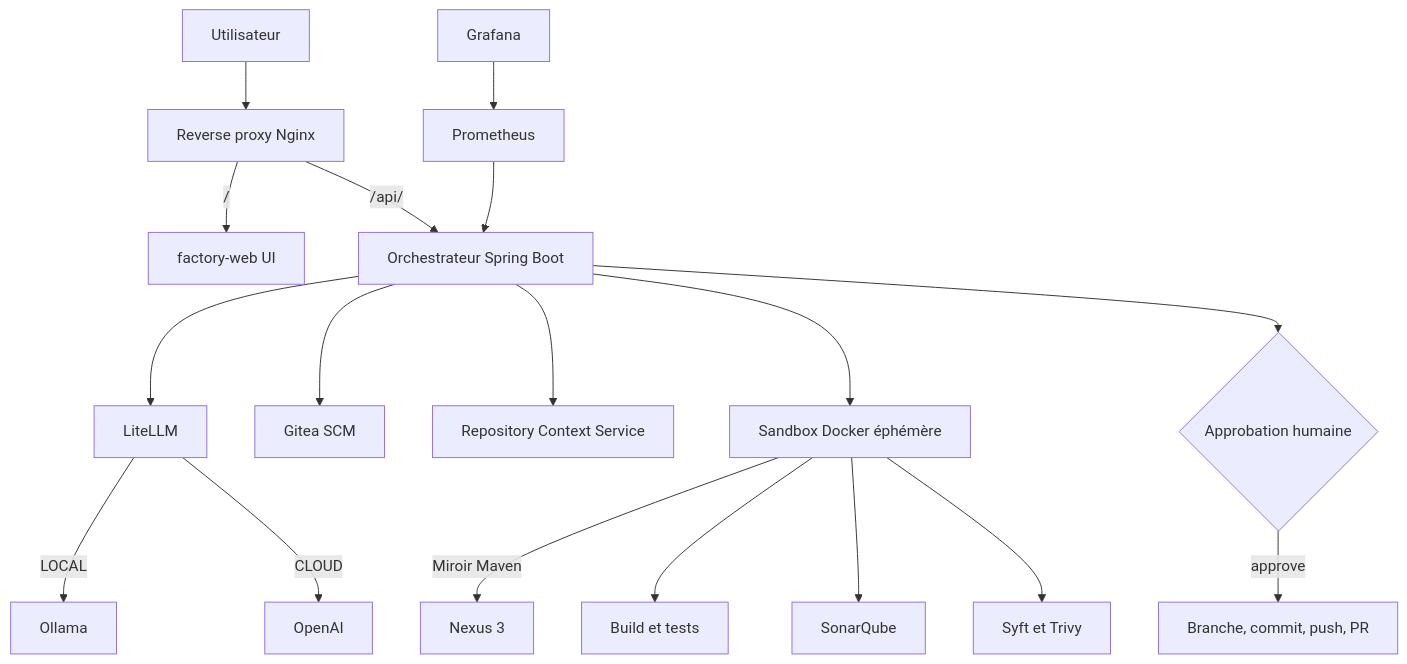
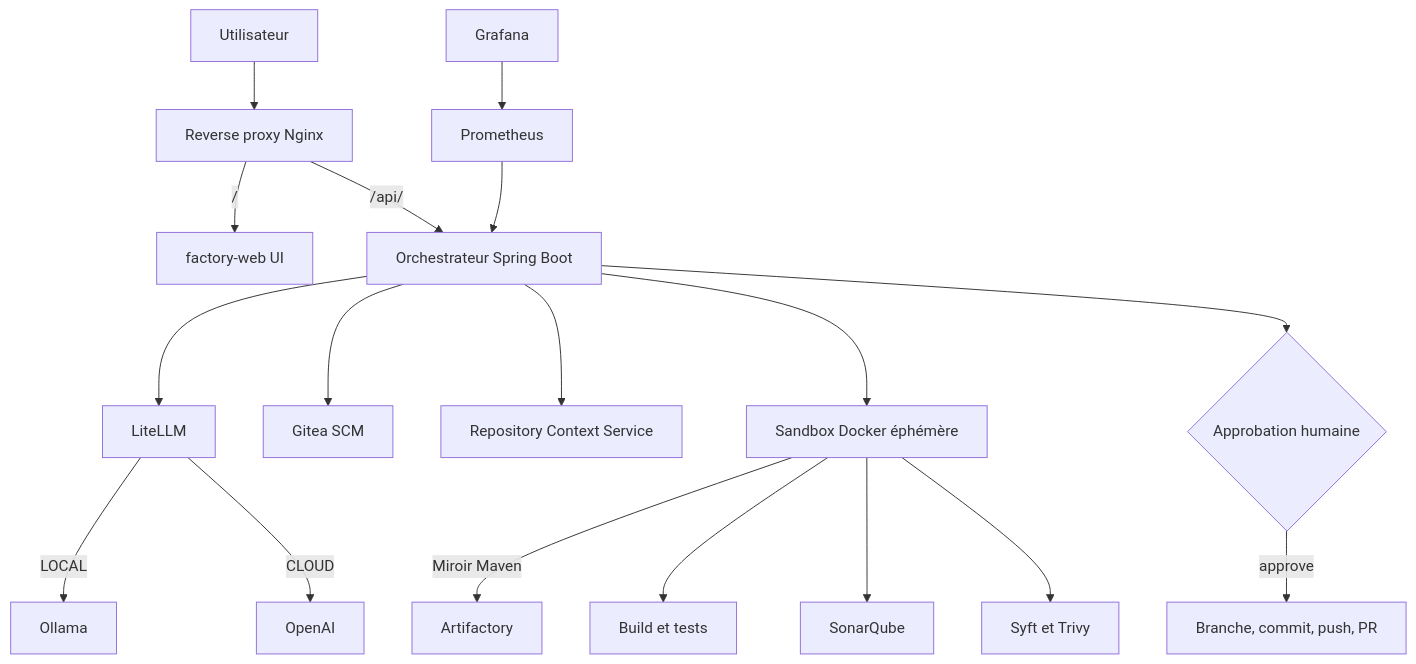
One commit to dbeaumont/ai-software-factory-local changed the first of 3 diagrams in docs/architecture.md. Above: the diagram before and after it, drawn with Mermaid. The commit also changed other lines of this file and 27 other files, not shown here.

````diff
--- a/docs/architecture.md
+++ b/docs/architecture.md
@@ -16,20 +16,20 @@
 ```mermaid
 flowchart TB
   USER[Utilisateur] --> PROXY[Reverse proxy Nginx]
   PROXY -->|/| WEB[factory-web UI]
   PROXY -->|/api/| ORCH[Orchestrateur Spring Boot]
   ORCH --> LLM[LiteLLM]
   LLM -->|LOCAL| OLLAMA[Ollama]
   LLM -->|CLOUD| OPENAI[OpenAI]
   ORCH --> GITEA[Gitea SCM]
   ORCH --> CTX[Repository Context Service]
   ORCH --> SANDBOX[Sandbox Docker éphémère]
-  SANDBOX -->|Miroir Maven| NEXUS[Nexus 3]
+  SANDBOX -->|Miroir Maven| ARTIFACTORY[Artifactory]
   SANDBOX --> TESTS[Build et tests]
   SANDBOX --> SONAR[SonarQube]
   SANDBOX --> SEC[Syft et Trivy]
   ORCH --> APPROVAL{Approbation humaine}
   APPROVAL -->|approve| PR[Branche, commit, push, PR]
   PROM[Prometheus] --> ORCH
   GRAF[Grafana] --> PROM
 ```
````
